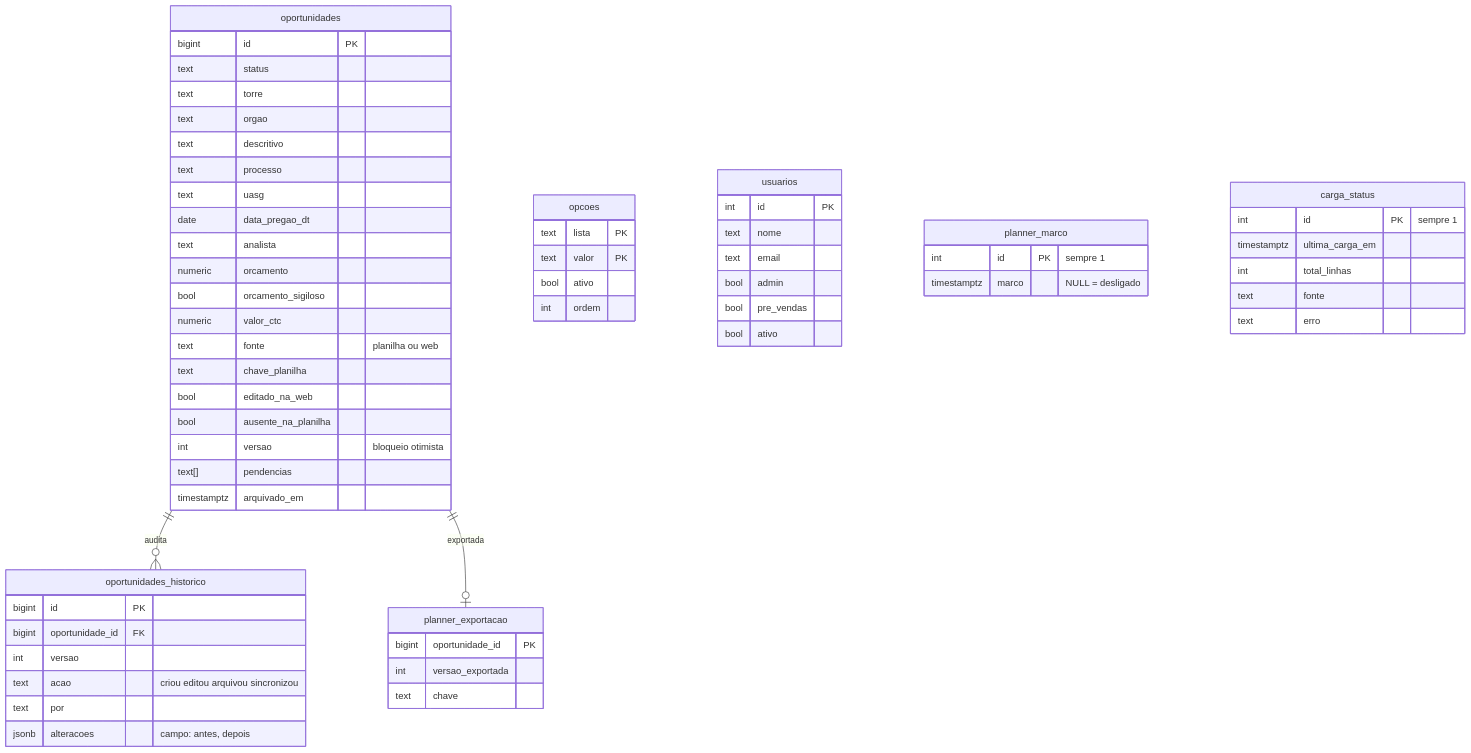
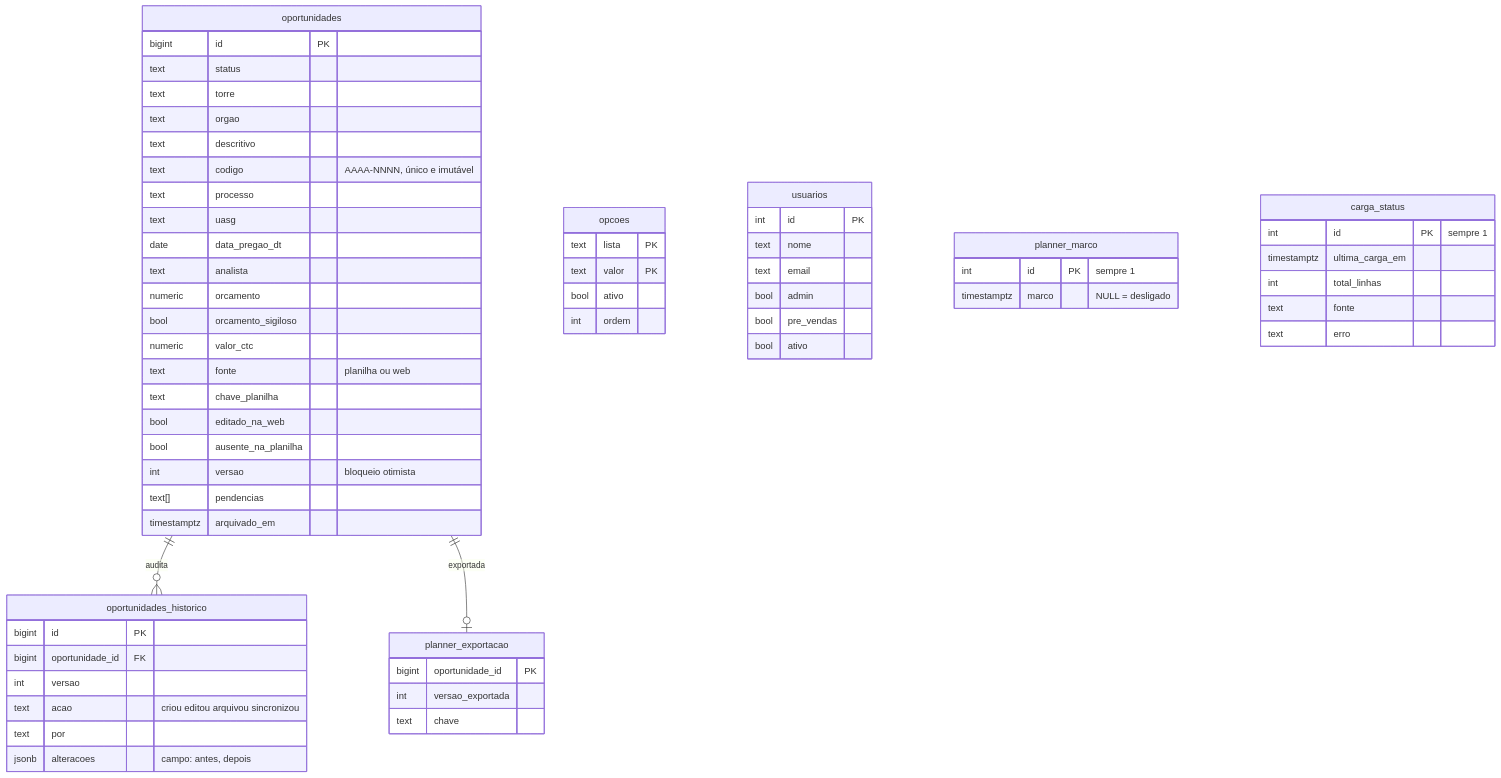
Before and after one commit to agentanalisedegoverno-svg/dashboard-metrics-team: the seventh of 7 diagrams in docs/ARQUITETURA.md, drawn with Mermaid. The commit also changed other lines of this file and 13 other files, not shown here.

````diff
--- a/docs/ARQUITETURA.md
+++ b/docs/ARQUITETURA.md
@@ -199,64 +199,65 @@
 ```mermaid
 erDiagram
   oportunidades ||--o{ oportunidades_historico : "audita"
   oportunidades ||--o| planner_exportacao : "exportada"
   oportunidades {
     bigint id PK
     text status
     text torre
     text orgao
     text descritivo
+    text codigo "AAAA-NNNN, único e imutável"
     text processo
     text uasg
     date data_pregao_dt
     text analista
     numeric orcamento
     bool orcamento_sigiloso
     numeric valor_ctc
     text fonte "planilha ou web"
     text chave_planilha
     bool editado_na_web
     bool ausente_na_planilha
     int versao "bloqueio otimista"
     text[] pendencias
     timestamptz arquivado_em
   }
   oportunidades_historico {
     bigint id PK
     bigint oportunidade_id FK
     int versao
     text acao "criou editou arquivou sincronizou"
     text por
     jsonb alteracoes "campo: antes, depois"
   }
   opcoes {
     text lista PK
     text valor PK
     bool ativo
     int ordem
   }
   usuarios {
     int id PK
     text nome
     text email
     bool admin
     bool pre_vendas
     bool ativo
   }
   planner_marco {
     int id PK "sempre 1"
     timestamptz marco "NULL = desligado"
   }
   planner_exportacao {
     bigint oportunidade_id PK
     int versao_exportada
     text chave
   }
   carga_status {
     int id PK "sempre 1"
     timestamptz ultima_carga_em
     int total_linhas
     text fonte
     text erro
   }
 ```
````
